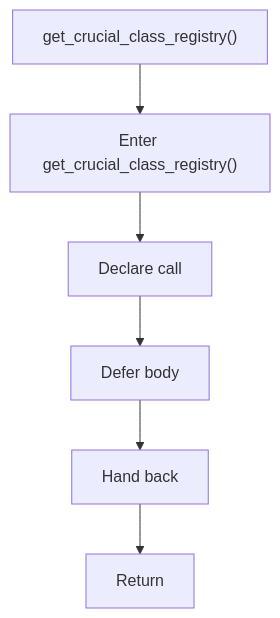
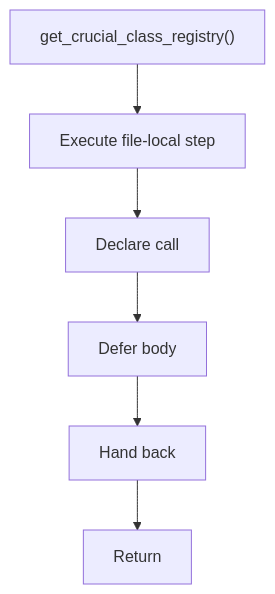
Before and after one commit to JohnAndrewBalbarosa/NeoTerritory: the ninth of 9 diagrams in docs/Codebase/Microservice/Modules/Header/SyntacticBrokenAST/Analysis/Lexical/lexical_structure_hooks.hpp.md, drawn with Mermaid. The commit also changed other lines of this file and 925 other files, not shown here.

````diff
--- a/docs/Codebase/Microservice/Modules/Header/SyntacticBrokenAST/Analysis/Lexical/lexical_structure_hooks.hpp.md
+++ b/docs/Codebase/Microservice/Modules/Header/SyntacticBrokenAST/Analysis/Lexical/lexical_structure_hooks.hpp.md
@@ -256,14 +255,14 @@
 ```mermaid
 flowchart TD
     Start["get_crucial_class_registry()"]
-    N0["Enter get_crucial_class_registry()"]
+    N0["Execute file-local step"]
     N1["Declare call"]
     N2["Defer body"]
     N3["Hand back"]
     End["Return"]
     Start --> N0
     N0 --> N1
     N1 --> N2
     N2 --> N3
     N3 --> End
 ```
````
